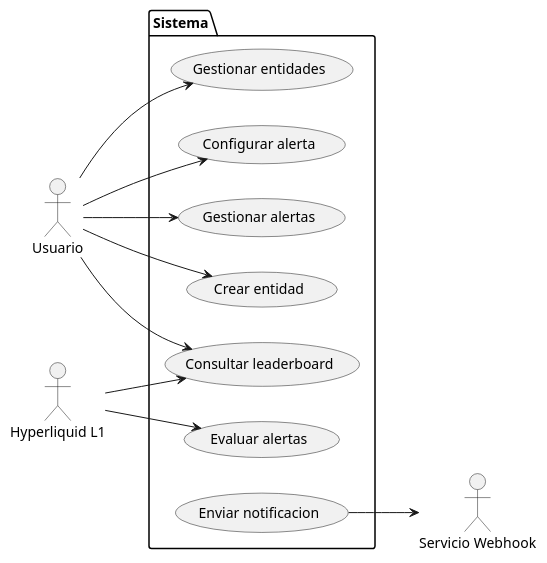
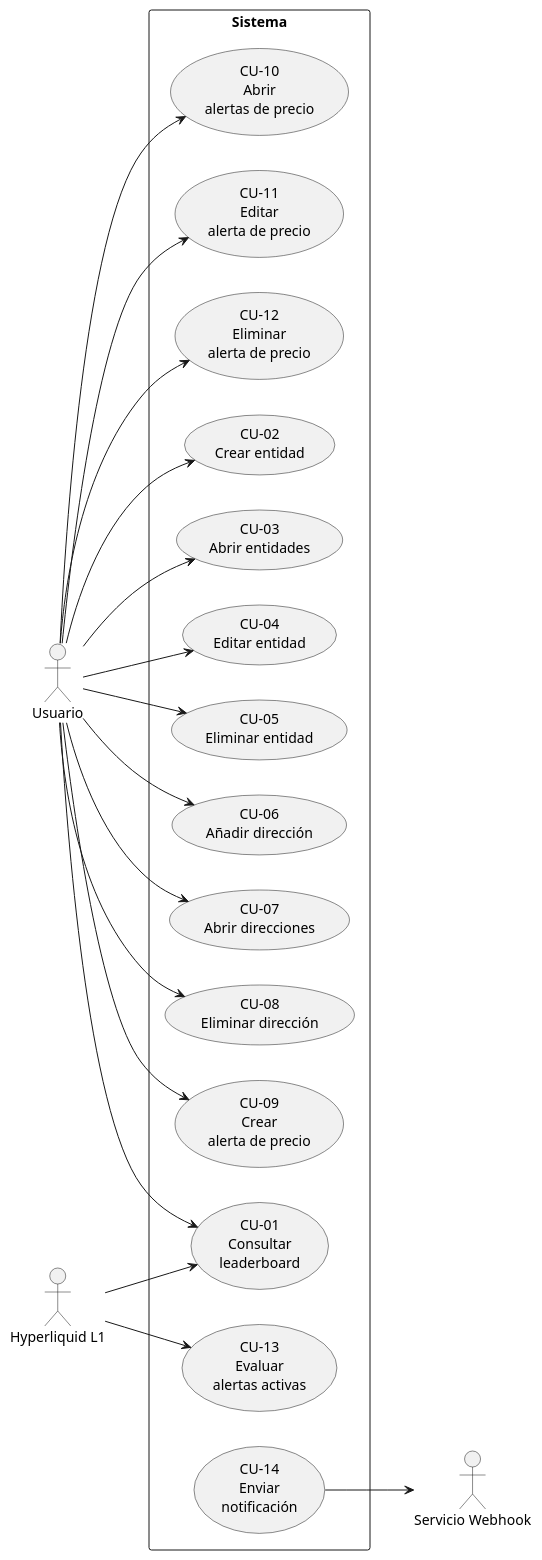
One commit to nekiiiiis/tfg changed the diagram in modelosUML/capitulo2/casosDeUso.puml. Above: the diagram before and after it, drawn with PlantUML. The commit also changed 60 other files, not shown here.

First line of the commit message:
Actualiza capítulo 2: documentación, diagramas CU y prototipos.

```diff
--- a/modelosUML/capitulo2/casosDeUso.puml
+++ b/modelosUML/capitulo2/casosDeUso.puml
@@ -1,30 +1,48 @@
 @startuml
 
 left to right direction
 
 actor "Usuario" as U
 actor "Hyperliquid L1" as HL
 actor "Servicio Webhook" as SW
 
-package "Sistema" {
-  usecase "Consultar leaderboard" as CU01
-  usecase "Crear entidad" as CU02
-  usecase "Gestionar entidades" as CU03
-  usecase "Configurar alerta" as CU04
-  usecase "Gestionar alertas" as CU05
-  usecase "Evaluar alertas" as CU06
-  usecase "Enviar notificacion" as CU07
+rectangle "Sistema" {
+  usecase "CU-01\nConsultar\nleaderboard" as UC01
+
+  usecase "CU-02\nCrear entidad"    as UC02
+  usecase "CU-03\nAbrir entidades"  as UC03
+  usecase "CU-04\nEditar entidad"   as UC04
+  usecase "CU-05\nEliminar entidad" as UC05
+
+  usecase "CU-06\nAñadir dirección"   as UC06
+  usecase "CU-07\nAbrir direcciones"  as UC07
+  usecase "CU-08\nEliminar dirección" as UC08
+
+  usecase "CU-09\nCrear\nalerta de precio"    as UC09
+  usecase "CU-10\nAbrir\nalertas de precio"   as UC10
+  usecase "CU-11\nEditar\nalerta de precio"   as UC11
+  usecase "CU-12\nEliminar\nalerta de precio" as UC12
+
+  usecase "CU-13\nEvaluar\nalertas activas" as UC13
+  usecase "CU-14\nEnviar\nnotificación"     as UC14
 }
 
-U --> CU01
-U --> CU02
-U --> CU03
-U --> CU04
-U --> CU05
+U --> UC01
+U --> UC02
+U --> UC03
+U --> UC04
+U --> UC05
+U --> UC06
+U --> UC07
+U --> UC08
+U --> UC09
+U --> UC10
+U --> UC11
+U --> UC12
 
-HL --> CU01
-HL --> CU06
+HL --> UC01
+HL --> UC13
 
-CU07 --> SW
+UC14 --> SW
 
 @enduml
```
